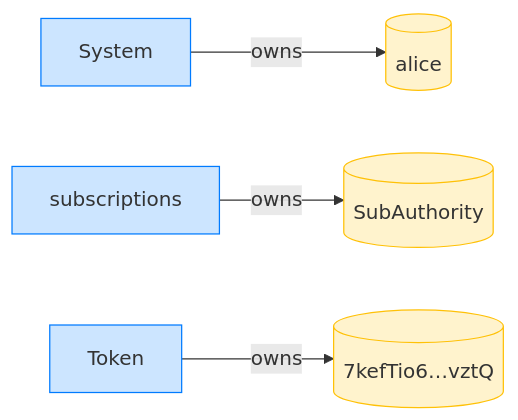
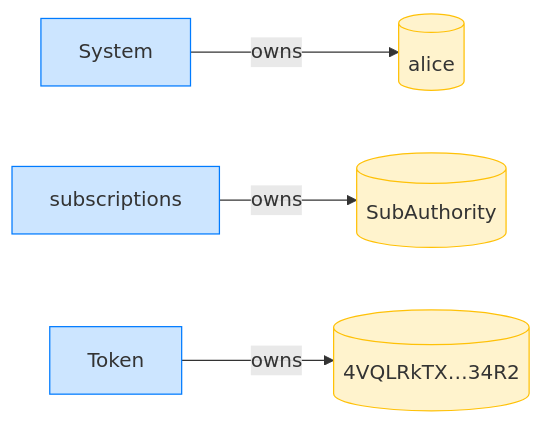
The fourth of 16 diagrams in dsl_tests/payer-recovers-a-no-expiry-recurring-delegation-after-the-authority-is-closed.md (cds-rs/subscriptions), drawn with Mermaid before and after one commit. The commit also changed other lines of this file and 224 other files, not shown here.

````diff
--- a/dsl_tests/payer-recovers-a-no-expiry-recurring-delegation-after-the-authority-is-closed.md
+++ b/dsl_tests/payer-recovers-a-no-expiry-recurring-delegation-after-the-authority-is-closed.md
@@ -71,14 +76,14 @@
 ```mermaid
 flowchart LR
     classDef owner fill:#cce5ff,stroke:#007bff;
     classDef account fill:#fff3cd,stroke:#ffc107;
     System[System]:::owner
     alice[(alice)]:::account
     subscriptions[subscriptions]:::owner
     SubAuthority[(SubAuthority)]:::account
     Token[Token]:::owner
-    7kefTio6_vztQ[("7kefTio6…vztQ")]:::account
+    4VQLRkTX_34R2[("4VQLRkTX…34R2")]:::account
     System -->|owns| alice
     subscriptions -->|owns| SubAuthority
-    Token -->|owns| 7kefTio6_vztQ
+    Token -->|owns| 4VQLRkTX_34R2
 ```
````
